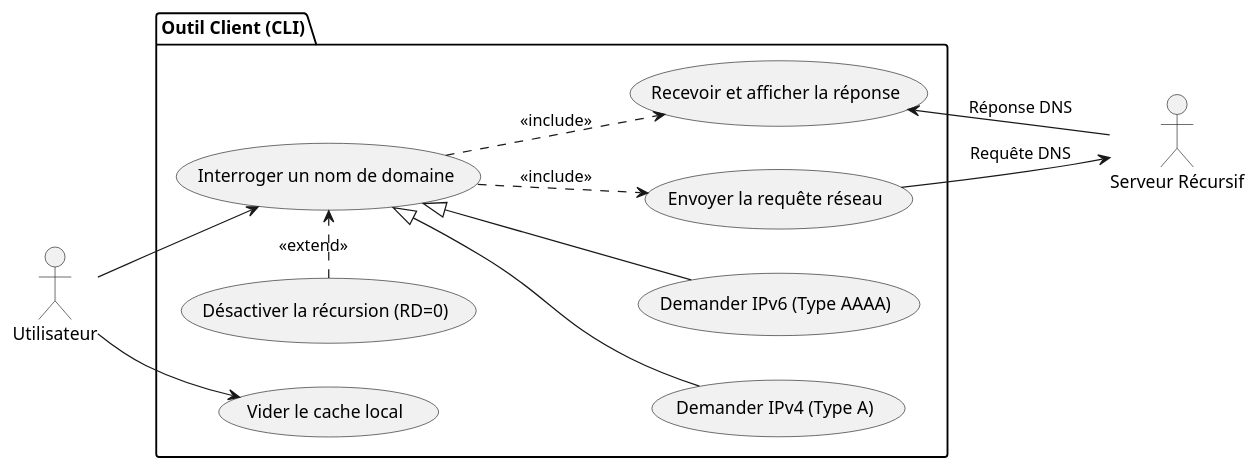
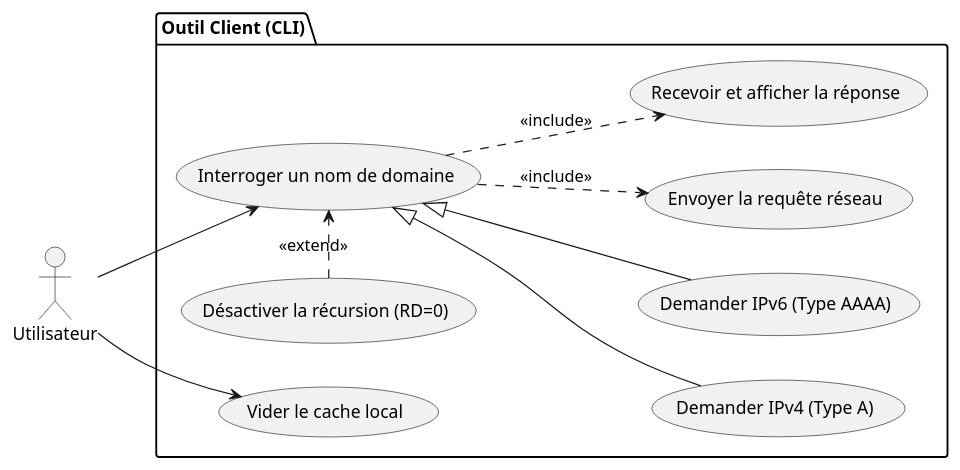
The diagram in doc/schemas/usecase1_client.plantuml (StSvedar/padr-DNS), drawn with PlantUML before and after one commit. The commit also changed 13 other files, not shown here.

Commit message:
note iag et rev schemas

```diff
--- a/doc/schemas/usecase1_client.plantuml
+++ b/doc/schemas/usecase1_client.plantuml
@@ -1,36 +1,28 @@
 @startuml
 left to right direction
 
 
 actor "Utilisateur" as User
-actor "Serveur Récursif" as Resolver
 
 package "Outil Client (CLI)" {
   
   usecase "Interroger un nom de domaine" as UC_Query
   usecase "Demander IPv4 (Type A)" as UC_A
   usecase "Demander IPv6 (Type AAAA)" as UC_AAAA
   usecase "Désactiver la récursion (RD=0)" as UC_NoRec
   usecase "Vider le cache local" as UC_Clear
   
   usecase "Envoyer la requête réseau" as UC_Send
   usecase "Recevoir et afficher la réponse" as UC_Receive
 
-  ' Actions directes
   User --> UC_Query
   User --> UC_Clear
 
-  ' Spécialisation
   UC_A -up-|> UC_Query
   UC_AAAA -up-|> UC_Query
   UC_NoRec .> UC_Query : <<extend>>
 
-  ' Inclusions (Le cycle de vie complet de la requête)
   UC_Query ..> UC_Send : <<include>>
   UC_Query ..> UC_Receive : <<include>>
-  
-  ' Interactions avec le réseau (Corrigées)
-  UC_Send --> Resolver : "Requête DNS"
-  Resolver --> UC_Receive : "Réponse DNS"
 }
 @enduml
```
